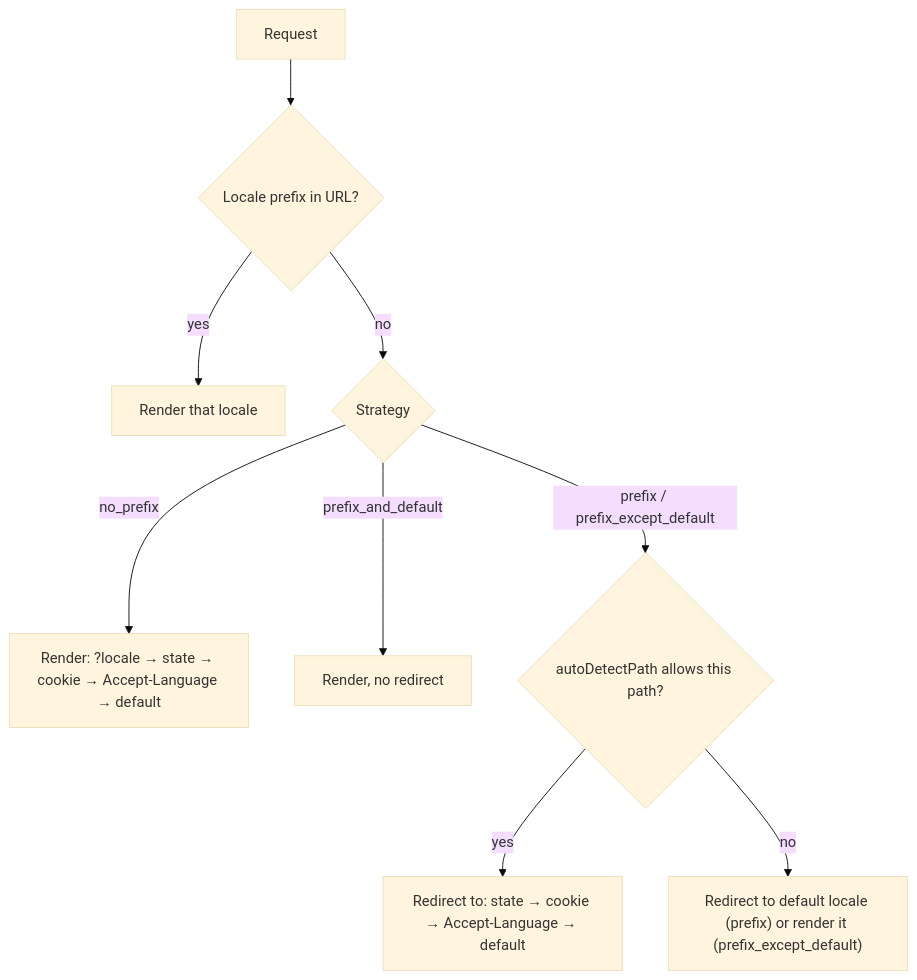
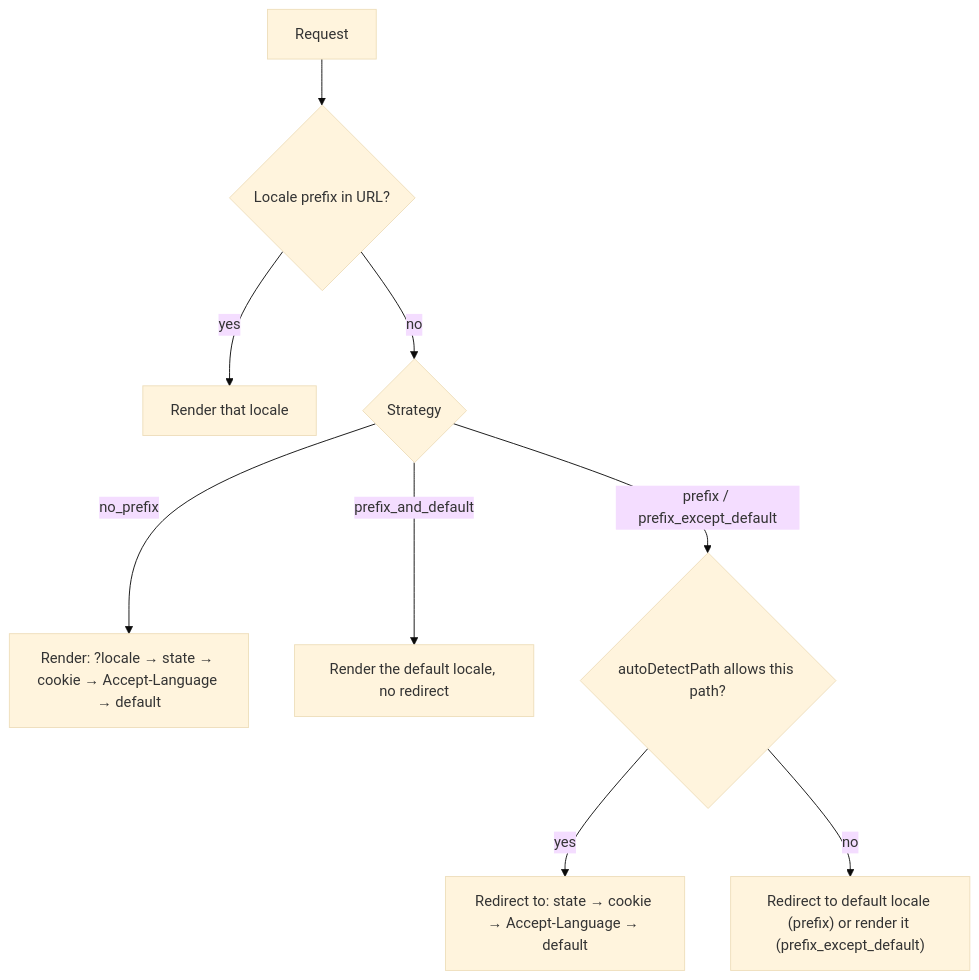
Before and after one commit to s00d/nuxt-i18n-micro: the diagram in docs/guide/locale-detection.md, drawn with Mermaid (base theme). The commit also changed other lines of this file and 14 other files, not shown here.

````diff
--- a/docs/guide/locale-detection.md
+++ b/docs/guide/locale-detection.md
@@ -30,11 +30,11 @@
 ```mermaid
 flowchart TB
   R[Request] --> P{Locale prefix in URL?}
   P -->|yes| U[Render that locale]
   P -->|no| S{Strategy}
   S -->|no_prefix| N["Render: ?locale → state → cookie → Accept-Language → default"]
-  S -->|prefix_and_default| D["Render, no redirect"]
+  S -->|prefix_and_default| D["Render the default locale, no redirect"]
   S -->|prefix / prefix_except_default| A{"autoDetectPath allows this path?"}
   A -->|yes| X["Redirect to: state → cookie → Accept-Language → default"]
   A -->|no| Y["Redirect to default locale (prefix) or render it (prefix_except_default)"]
 ```
````
